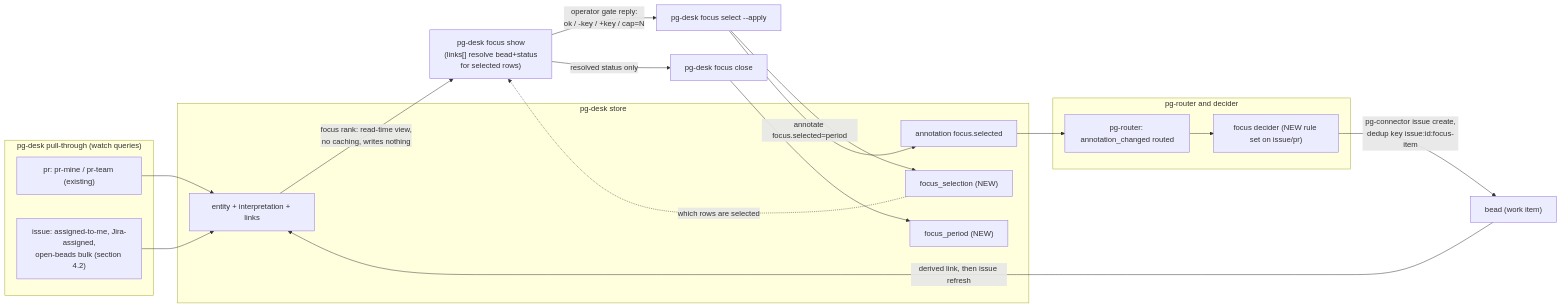
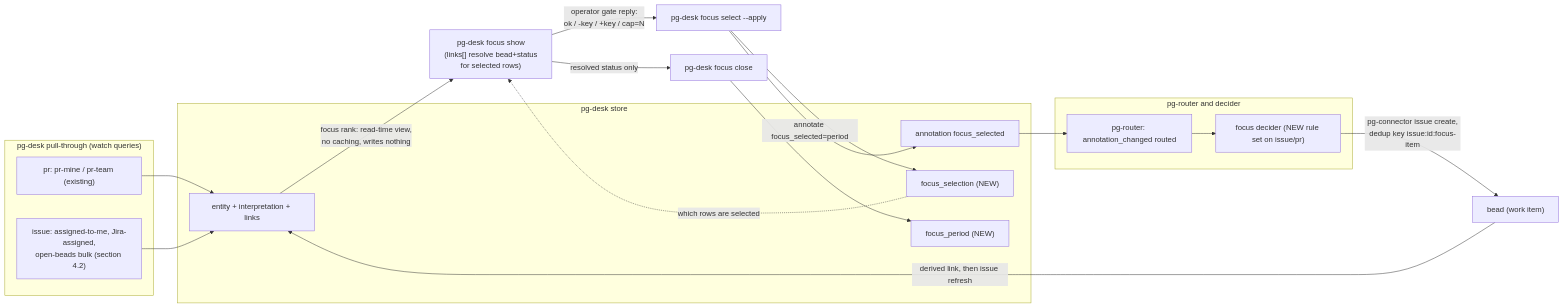
The diagram in docs/superpowers/specs/2026-09-23-daily-focus-store-first-design.md (phillipgreenii/nix-agent-support), drawn with Mermaid before and after one commit. The commit also changed other lines of this file and 2 other files, not shown here.

First line of the commit message:
docs(specs): apply the daily-focus design review fixes (pg2-2j5ac.27)

````diff
--- a/docs/superpowers/specs/2026-09-23-daily-focus-store-first-design.md
+++ b/docs/superpowers/specs/2026-09-23-daily-focus-store-first-design.md
@@ -65,29 +68,29 @@
 ```mermaid
 flowchart LR
     subgraph watch["pg-desk pull-through (watch queries)"]
         W1["pr: pr-mine / pr-team (existing)"]
         W2["issue: assigned-to-me, Jira-assigned,\nopen-beads bulk (section 4.2)"]
     end
     subgraph store["pg-desk store"]
         E["entity + interpretation + links"]
         FS["focus_selection (NEW)"]
         FP["focus_period (NEW)"]
-        AN["annotation focus.selected"]
+        AN["annotation focus_selected"]
     end
     subgraph decide["pg-router and decider"]
         R["pg-router: annotation_changed routed"]
         D["focus decider (NEW rule set on issue/pr)"]
     end
     W1 --> E
     W2 --> E
     E -->|"focus rank: read-time view,\nno caching, writes nothing"| SHOW["pg-desk focus show\n(links[] resolve bead+status\nfor selected rows)"]
     FS -.->|"which rows are selected"| SHOW
     SHOW -->|"operator gate reply:\nok / -key / +key / cap=N"| SELECT["pg-desk focus select --apply"]
     SELECT --> FS
-    SELECT -->|"annotate focus.selected=period"| AN
+    SELECT -->|"annotate focus_selected=period"| AN
     AN --> R --> D
     D -->|"pg-connector issue create,\ndedup key issue:id:focus-item"| BEAD["bead (work item)"]
     BEAD -->|"derived link, then issue refresh"| E
     SHOW -->|"resolved status only"| CLOSE["pg-desk focus close"]
     CLOSE --> FP
 ```
````
